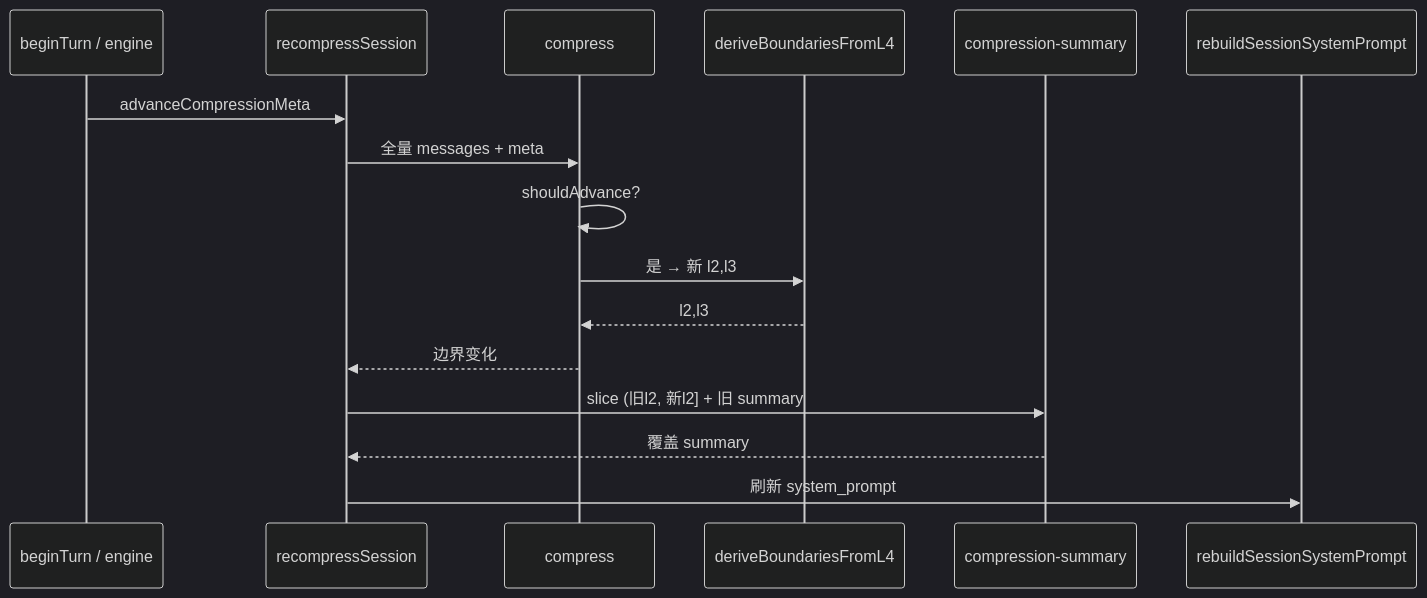
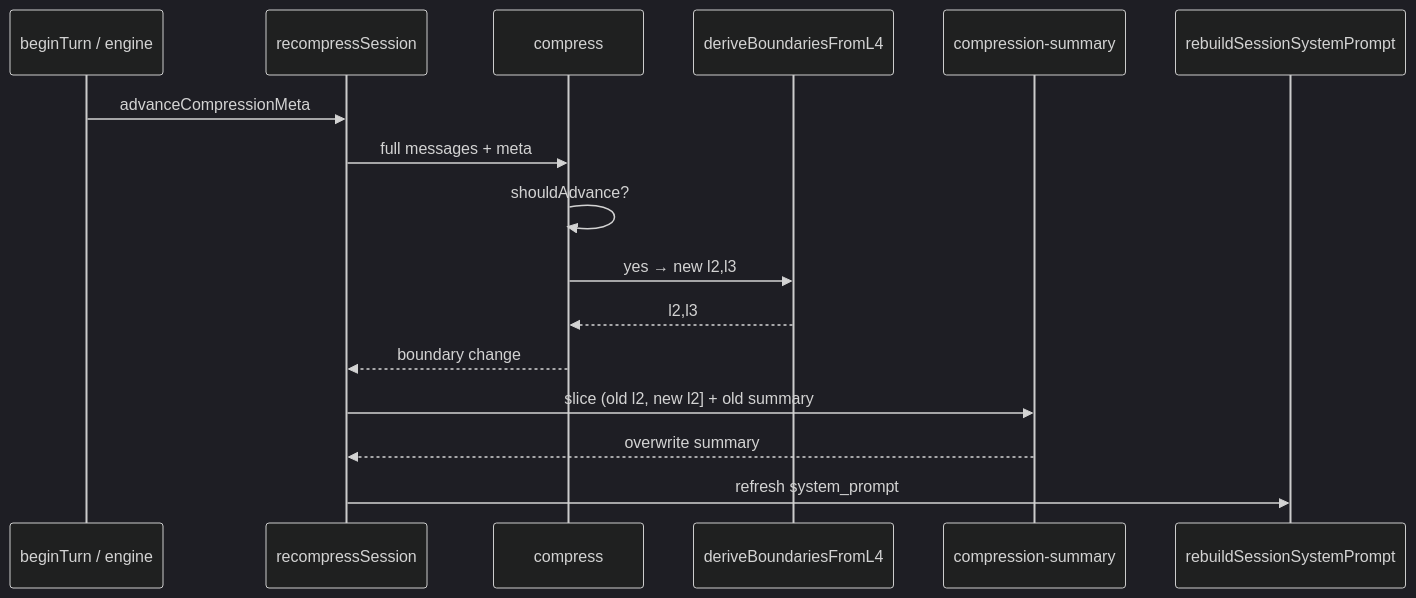
One commit to freeanima-org/freeanima changed the seventh of 10 diagrams in docs/compression.md. Above: the diagram before and after it, drawn with Mermaid (dark theme). The commit also changed other lines of this file and 114 other files, not shown here.

````diff
--- a/docs/compression.md
+++ b/docs/compression.md
@@ -292,19 +292,19 @@
 ```mermaid
 sequenceDiagram
   participant BT as beginTurn / engine
   participant RC as recompressSession
   participant CP as compress
   participant DB as deriveBoundariesFromL4
   participant LLM as compression-summary
   participant SP as rebuildSessionSystemPrompt
 
   BT->>RC: advanceCompressionMeta
-  RC->>CP: 全量 messages + meta
+  RC->>CP: full messages + meta
   CP->>CP: shouldAdvance?
-  CP->>DB: 是 → 新 l2,l3
+  CP->>DB: yes → new l2,l3
   DB-->>CP: l2,l3
-  CP-->>RC: 边界变化
-  RC->>LLM: slice (旧l2, 新l2] + 旧 summary
-  LLM-->>RC: 覆盖 summary
-  RC->>SP: 刷新 system_prompt
+  CP-->>RC: boundary change
+  RC->>LLM: slice (old l2, new l2] + old summary
+  LLM-->>RC: overwrite summary
+  RC->>SP: refresh system_prompt
 ```
````
